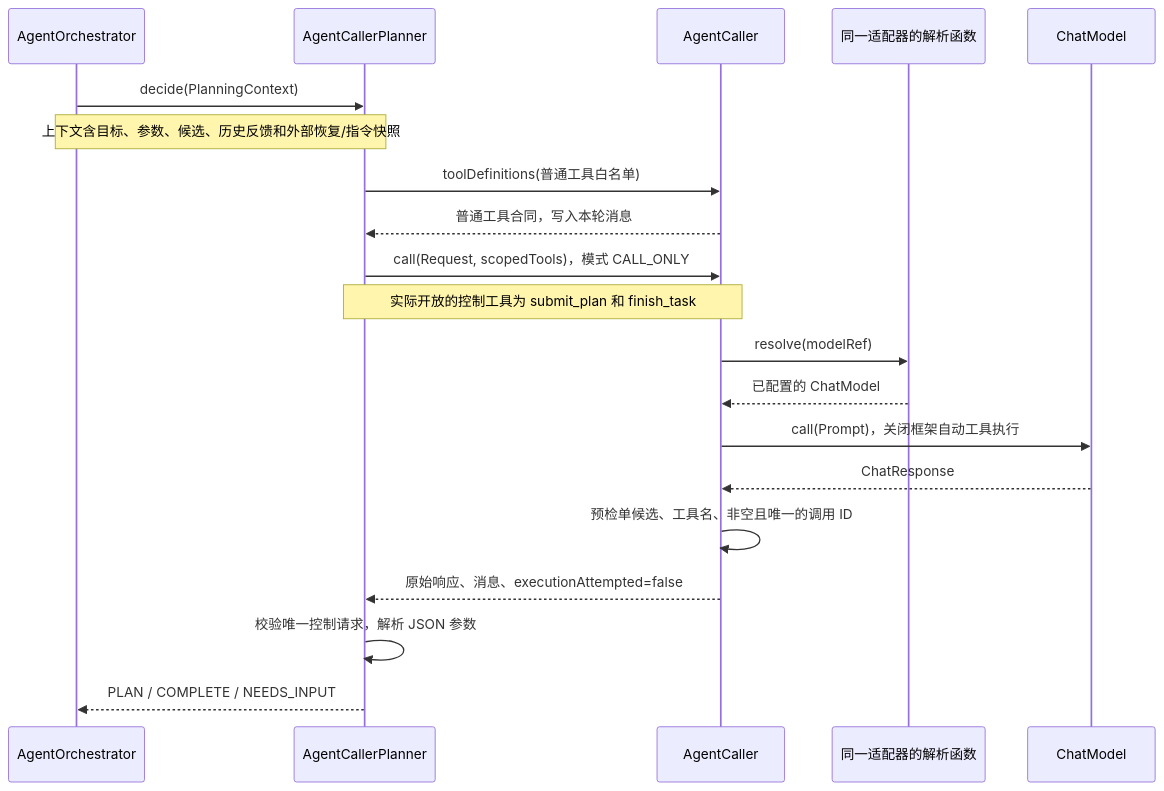
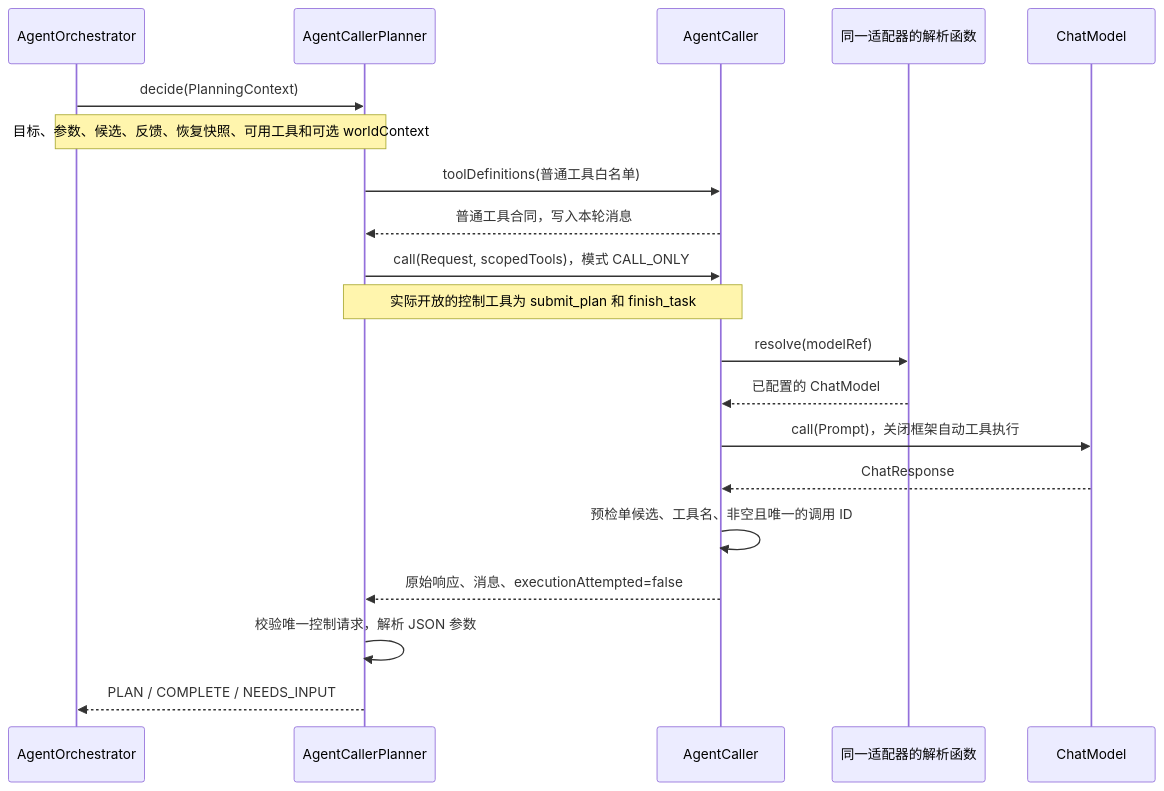
The third of 10 diagrams in docs/completed/已实现架构图.md (lingdehui/myhelper), drawn with Mermaid before and after one commit. The commit also changed other lines of this file and 4 other files, not shown here.

````diff
--- a/docs/completed/已实现架构图.md
+++ b/docs/completed/已实现架构图.md
@@ -120,22 +148,22 @@
 ```mermaid
 sequenceDiagram
     participant O as AgentOrchestrator
     participant P as AgentCallerPlanner
     participant A as AgentCaller
     participant M as 同一适配器的解析函数
     participant C as ChatModel
     O->>P: decide(PlanningContext)
-    Note over O,P: 上下文含目标、参数、候选、历史反馈和外部恢复/指令快照
+    Note over O,P: 目标、参数、候选、反馈、恢复快照、可用工具和可选 worldContext
     P->>A: toolDefinitions(普通工具白名单)
     A-->>P: 普通工具合同，写入本轮消息
     P->>A: call(Request, scopedTools)，模式 CALL_ONLY
     Note over P,A: 实际开放的控制工具为 submit_plan 和 finish_task
     A->>M: resolve(modelRef)
     M-->>A: 已配置的 ChatModel
     A->>C: call(Prompt)，关闭框架自动工具执行
     C-->>A: ChatResponse
     A->>A: 预检单候选、工具名、非空且唯一的调用 ID
     A-->>P: 原始响应、消息、executionAttempted=false
     P->>P: 校验唯一控制请求，解析 JSON 参数
     P-->>O: PLAN / COMPLETE / NEEDS_INPUT
 ```
````
